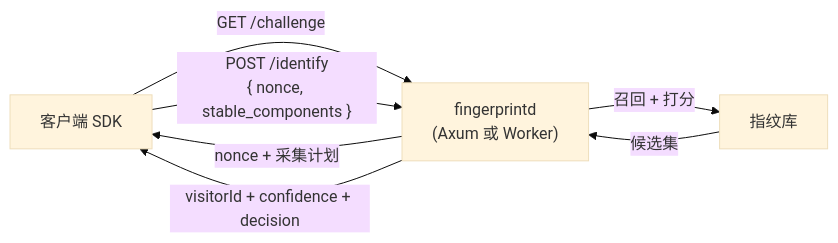
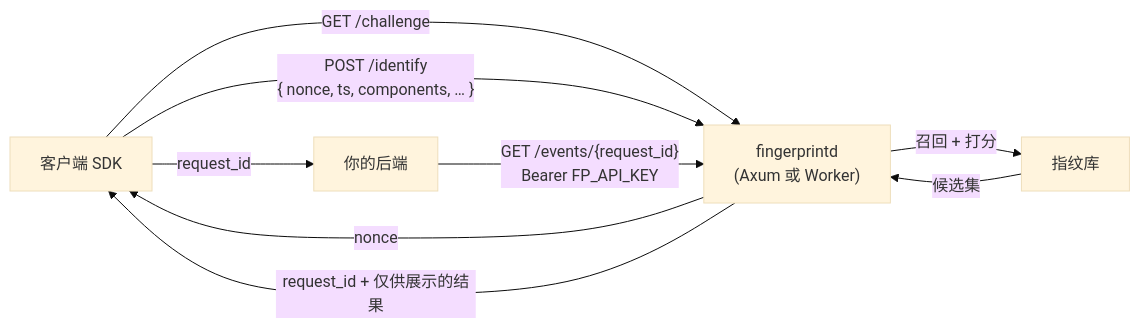
Before and after one commit to wuchendi/fingerprintd: the diagram in README.zh-CN.md, drawn with Mermaid (base theme). The commit also changed other lines of this file and 18 other files, not shown here.

````diff
--- a/README.zh-CN.md
+++ b/README.zh-CN.md
@@ -44,13 +47,16 @@
 ```mermaid
 flowchart LR
     C["客户端 SDK"]
     S["fingerprintd<br/>(Axum 或 Worker)"]
     L["指纹库"]
+    B["你的后端"]
 
     C -- "GET /challenge" --> S
-    S -- "nonce + 采集计划" --> C
-    C -- "POST /identify<br/>{ nonce, stable_components }" --> S
+    S -- "nonce" --> C
+    C -- "POST /identify<br/>{ nonce, ts, components, … }" --> S
     S -- "召回 + 打分" --> L
     L -- "候选集" --> S
-    S -- "visitorId + confidence + decision" --> C
+    S -- "request_id + 仅供展示的结果" --> C
+    C -- "request_id" --> B
+    B -- "GET /events/{request_id}<br/>Bearer FP_API_KEY" --> S
 ```
````
